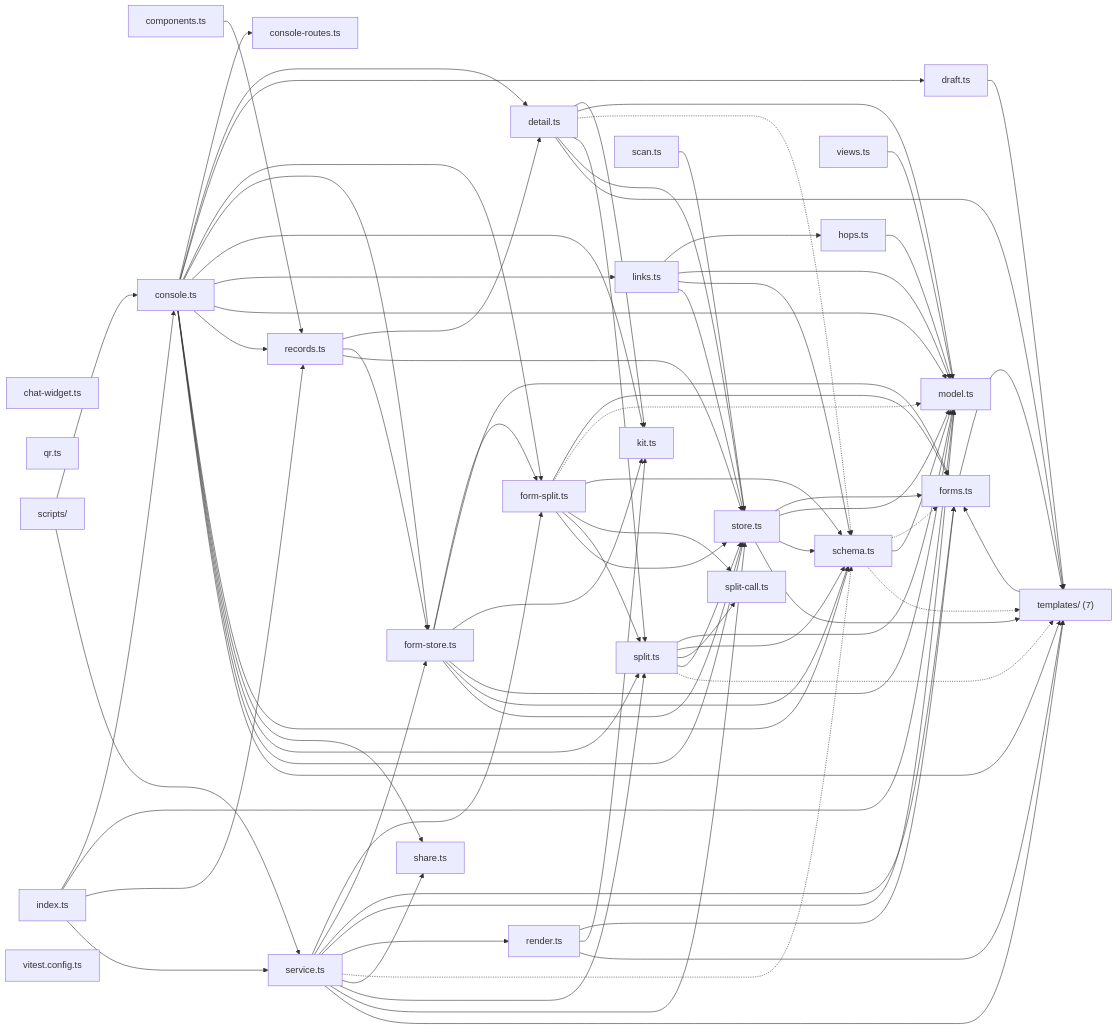
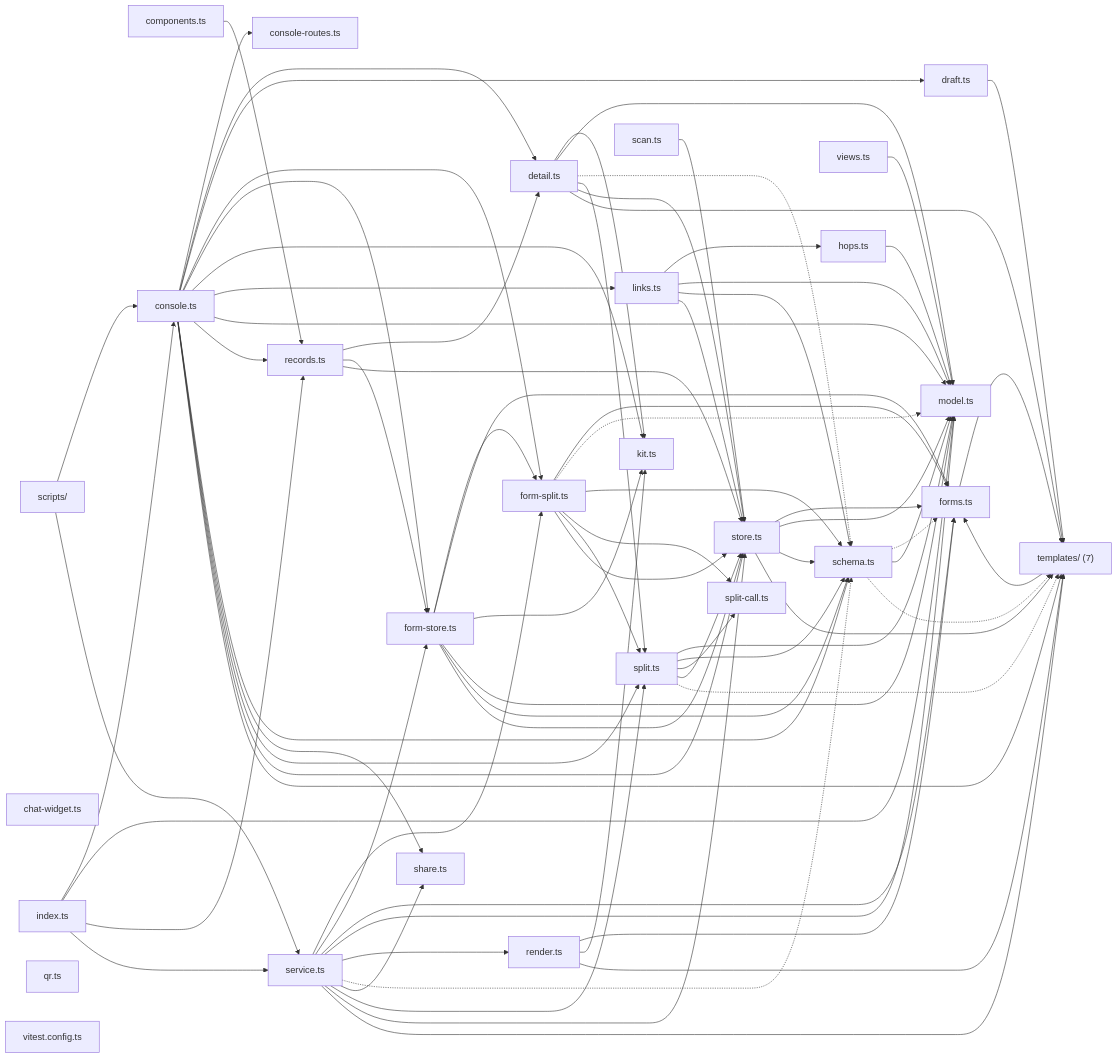
Before and after one commit to wrenautomation/wren: the diagram in map/generated/imports/@wren+sites.md, drawn with Mermaid. The commit also changed other lines of this file and 96 other files, not shown here.

````diff
--- a/map/generated/imports/@wren+sites.md
+++ b/map/generated/imports/@wren+sites.md
@@ -20,69 +20,36 @@
 ```mermaid
 flowchart LR
+  nscripts_["scripts/"]
+  nchat_widget_ts["chat-widget.ts"]
   ncomponents_ts["components.ts"]
+  nconsole_routes_ts["console-routes.ts"]
+  nconsole_ts["console.ts"]
+  ndetail_ts["detail.ts"]
+  ndraft_ts["draft.ts"]
+  nform_split_ts["form-split.ts"]
+  nform_store_ts["form-store.ts"]
+  nforms_ts["forms.ts"]
+  nhops_ts["hops.ts"]
+  nindex_ts["index.ts"]
+  nkit_ts["kit.ts"]
+  nlinks_ts["links.ts"]
+  nmodel_ts["model.ts"]
+  nqr_ts["qr.ts"]
   nrecords_ts["records.ts"]
-  ndetail_ts["detail.ts"]
-  nkit_ts["kit.ts"]
-  nmodel_ts["model.ts"]
+  nrender_ts["render.ts"]
+  nscan_ts["scan.ts"]
   nschema_ts["schema.ts"]
-  nforms_ts["forms.ts"]
+  nservice_ts["service.ts"]
+  nshare_ts["share.ts"]
+  nsplit_call_ts["split-call.ts"]
+  nsplit_ts["split.ts"]
+  nstore_ts["store.ts"]
   ntemplates_["templates/ (7)"]
-  nsplit_ts["split.ts"]
-  nsplit_call_ts["split-call.ts"]
-  nstore_ts["store.ts"]
-  nform_store_ts["form-store.ts"]
-  nform_split_ts["form-split.ts"]
-  nchat_widget_ts["chat-widget.ts"]
-  nconsole_ts["console.ts"]
-  nconsole_routes_ts["console-routes.ts"]
-  ndraft_ts["draft.ts"]
-  nlinks_ts["links.ts"]
-  nhops_ts["hops.ts"]
-  nshare_ts["share.ts"]
-  nscan_ts["scan.ts"]
-  nrender_ts["render.ts"]
-  nservice_ts["service.ts"]
-  nqr_ts["qr.ts"]
-  nscripts_["scripts/"]
-  nindex_ts["index.ts"]
   nviews_ts["views.ts"]
   nvitest_config_ts["vitest.config.ts"]
+  nscripts_ --> nconsole_ts
+  nscripts_ --> nservice_ts
   ncomponents_ts --> nrecords_ts
-  nrecords_ts --> ndetail_ts
-  nrecords_ts --> nform_store_ts
-  nrecords_ts --> nstore_ts
-  ndetail_ts --> nkit_ts
-  ndetail_ts --> nmodel_ts
-  ndetail_ts -.-> nschema_ts
-  ndetail_ts --> nsplit_ts
-  ndetail_ts --> nstore_ts
-  ndetail_ts --> ntemplates_
-  nschema_ts -.-> nforms_ts
-  nschema_ts --> nmodel_ts
-  nschema_ts -.-> ntemplates_
-  nforms_ts --> ntemplates_
-  ntemplates_ --> nforms_ts
-  nsplit_ts --> nmodel_ts
-  nsplit_ts --> nschema_ts
-  nsplit_ts --> nsplit_call_ts
-  nsplit_ts --> nstore_ts
-  nsplit_ts -.-> ntemplates_
-  nstore_ts --> nforms_ts
-  nstore_ts --> nmodel_ts
-  nstore_ts --> nschema_ts
-  nstore_ts --> ntemplates_
-  nform_store_ts --> nform_split_ts
-  nform_store_ts --> nforms_ts
-  nform_store_ts --> nkit_ts
-  nform_store_ts --> nmodel_ts
-  nform_store_ts --> nschema_ts
-  nform_store_ts --> nstore_ts
-  nform_split_ts --> nforms_ts
-  nform_split_ts -.-> nmodel_ts
-  nform_split_ts --> nschema_ts
-  nform_split_ts --> nsplit_call_ts
-  nform_split_ts --> nsplit_ts
-  nform_split_ts --> nstore_ts
   nconsole_ts --> nconsole_routes_ts
   nconsole_ts --> ndetail_ts
   nconsole_ts --> ndraft_ts
@@ -97,16 +64,45 @@
   nconsole_ts --> nsplit_ts
   nconsole_ts --> nstore_ts
   nconsole_ts --> ntemplates_
+  ndetail_ts --> nkit_ts
+  ndetail_ts --> nmodel_ts
+  ndetail_ts -.-> nschema_ts
+  ndetail_ts --> nsplit_ts
+  ndetail_ts --> nstore_ts
+  ndetail_ts --> ntemplates_
   ndraft_ts --> ntemplates_
+  nform_split_ts --> nforms_ts
+  nform_split_ts -.-> nmodel_ts
+  nform_split_ts --> nschema_ts
+  nform_split_ts --> nsplit_call_ts
+  nform_split_ts --> nsplit_ts
+  nform_split_ts --> nstore_ts
+  nform_store_ts --> nform_split_ts
+  nform_store_ts --> nforms_ts
+  nform_store_ts --> nkit_ts
+  nform_store_ts --> nmodel_ts
+  nform_store_ts --> nschema_ts
+  nform_store_ts --> nstore_ts
+  nforms_ts --> ntemplates_
+  nhops_ts --> nmodel_ts
+  nindex_ts --> nconsole_ts
+  nindex_ts --> nmodel_ts
+  nindex_ts --> nrecords_ts
+  nindex_ts --> nservice_ts
   nlinks_ts --> nhops_ts
   nlinks_ts --> nmodel_ts
   nlinks_ts --> nschema_ts
   nlinks_ts --> nstore_ts
-  nhops_ts --> nmodel_ts
-  nscan_ts --> nstore_ts
+  nrecords_ts --> ndetail_ts
+  nrecords_ts --> nform_store_ts
+  nrecords_ts --> nstore_ts
   nrender_ts --> nforms_ts
   nrender_ts --> nkit_ts
   nrender_ts --> ntemplates_
+  nscan_ts --> nstore_ts
+  nschema_ts -.-> nforms_ts
+  nschema_ts --> nmodel_ts
+  nschema_ts -.-> ntemplates_
   nservice_ts --> nform_split_ts
   nservice_ts --> nform_store_ts
   nservice_ts --> nforms_ts
@@ -117,11 +113,15 @@
   nservice_ts --> nsplit_ts
   nservice_ts --> nstore_ts
   nservice_ts --> ntemplates_
-  nscripts_ --> nconsole_ts
-  nscripts_ --> nservice_ts
-  nindex_ts --> nconsole_ts
-  nindex_ts --> nmodel_ts
-  nindex_ts --> nrecords_ts
-  nindex_ts --> nservice_ts
+  nsplit_ts --> nmodel_ts
+  nsplit_ts --> nschema_ts
+  nsplit_ts --> nsplit_call_ts
+  nsplit_ts --> nstore_ts
+  nsplit_ts -.-> ntemplates_
+  nstore_ts --> nforms_ts
+  nstore_ts --> nmodel_ts
+  nstore_ts --> nschema_ts
+  nstore_ts --> ntemplates_
+  ntemplates_ --> nforms_ts
   nviews_ts --> nmodel_ts
 ```
````
